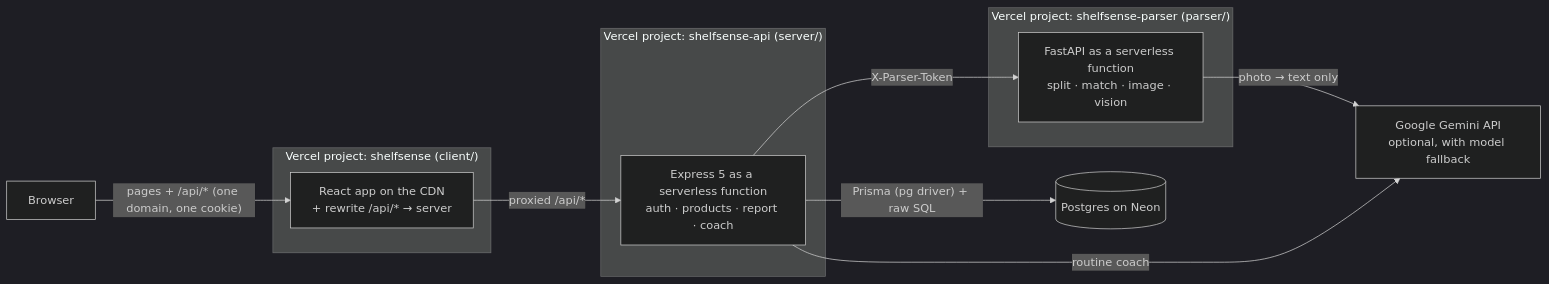
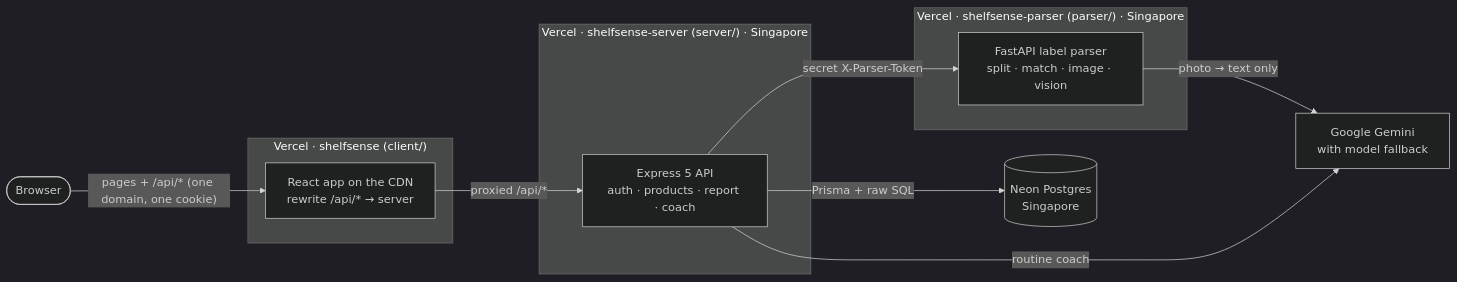
One commit to Sangupta03/Shelfsense changed the diagram in README.md. Above: the diagram before and after it, drawn with Mermaid (dark theme). The commit also changed other lines of this file and 5 other files, not shown here.

````diff
--- a/README.md
+++ b/README.md
@@ -48,26 +92,26 @@
 ```mermaid
 flowchart LR
-    B[Browser]
+    B([Browser])
 
-    subgraph "Vercel project: shelfsense (client/)"
-        W[React app on the CDN<br/>+ rewrite /api/* → server]
+    subgraph V1 ["Vercel · shelfsense (client/)"]
+        W["React app on the CDN<br/>rewrite /api/* → server"]
     end
 
-    subgraph "Vercel project: shelfsense-api (server/)"
-        E[Express 5 as a serverless function<br/>auth · products · report · coach]
+    subgraph V2 ["Vercel · shelfsense-server (server/) · Singapore"]
+        E["Express 5 API<br/>auth · products · report · coach"]
     end
 
-    subgraph "Vercel project: shelfsense-parser (parser/)"
-        F[FastAPI as a serverless function<br/>split · match · image · vision]
+    subgraph V3 ["Vercel · shelfsense-parser (parser/) · Singapore"]
+        F["FastAPI label parser<br/>split · match · image · vision"]
     end
 
-    DB[(Postgres on Neon)]
-    LLM[Google Gemini API<br/>optional, with model fallback]
+    DB[("Neon Postgres<br/>Singapore")]
+    LLM["Google Gemini<br/>with model fallback"]
 
     B -- "pages + /api/* (one domain, one cookie)" --> W
     W -- "proxied /api/*" --> E
-    E -- "Prisma (pg driver) + raw SQL" --> DB
-    E -- "X-Parser-Token" --> F
+    E -- "Prisma + raw SQL" --> DB
+    E -- "secret X-Parser-Token" --> F
     F -- "photo → text only" --> LLM
     E -- "routine coach" --> LLM
 ```
````
